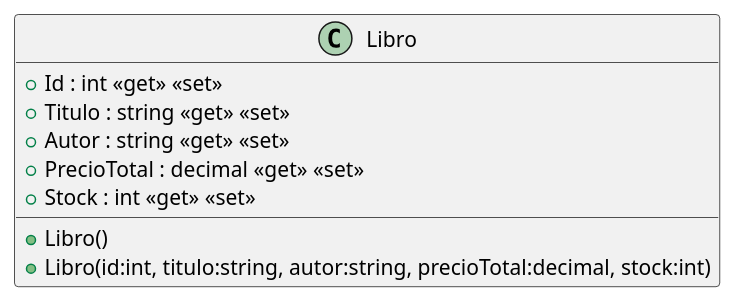
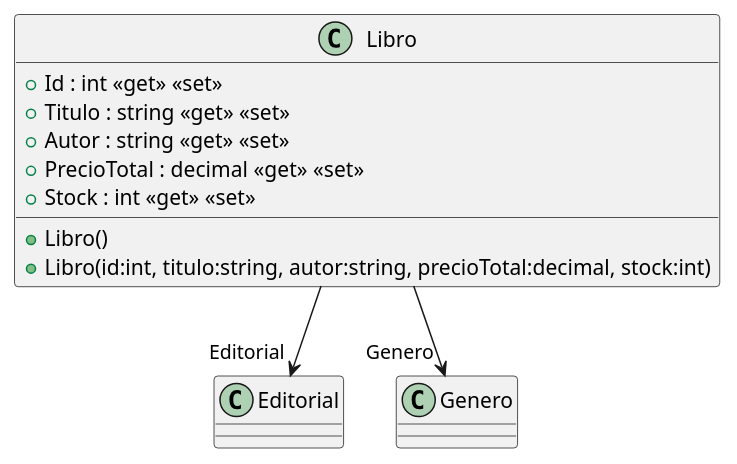
The diagram in src/AppForSEII.API/ClassDiagram/Libro.puml (ISII2627LosElnes/ISII2627LosElnes), drawn with PlantUML before and after one commit. The commit also changed 8 other files, not shown here.

```diff
--- a/src/AppForSEII.API/ClassDiagram/Libro.puml
+++ b/src/AppForSEII.API/ClassDiagram/Libro.puml
@@ -1,11 +1,13 @@
 @startuml
 class Libro {
     + Libro()
     + Libro(id:int, titulo:string, autor:string, precioTotal:decimal, stock:int)
     + Id : int <<get>> <<set>>
     + Titulo : string <<get>> <<set>>
     + Autor : string <<get>> <<set>>
     + PrecioTotal : decimal <<get>> <<set>>
     + Stock : int <<get>> <<set>>
 }
+Libro --> "Editorial" Editorial
+Libro --> "Genero" Genero
 @enduml
```
